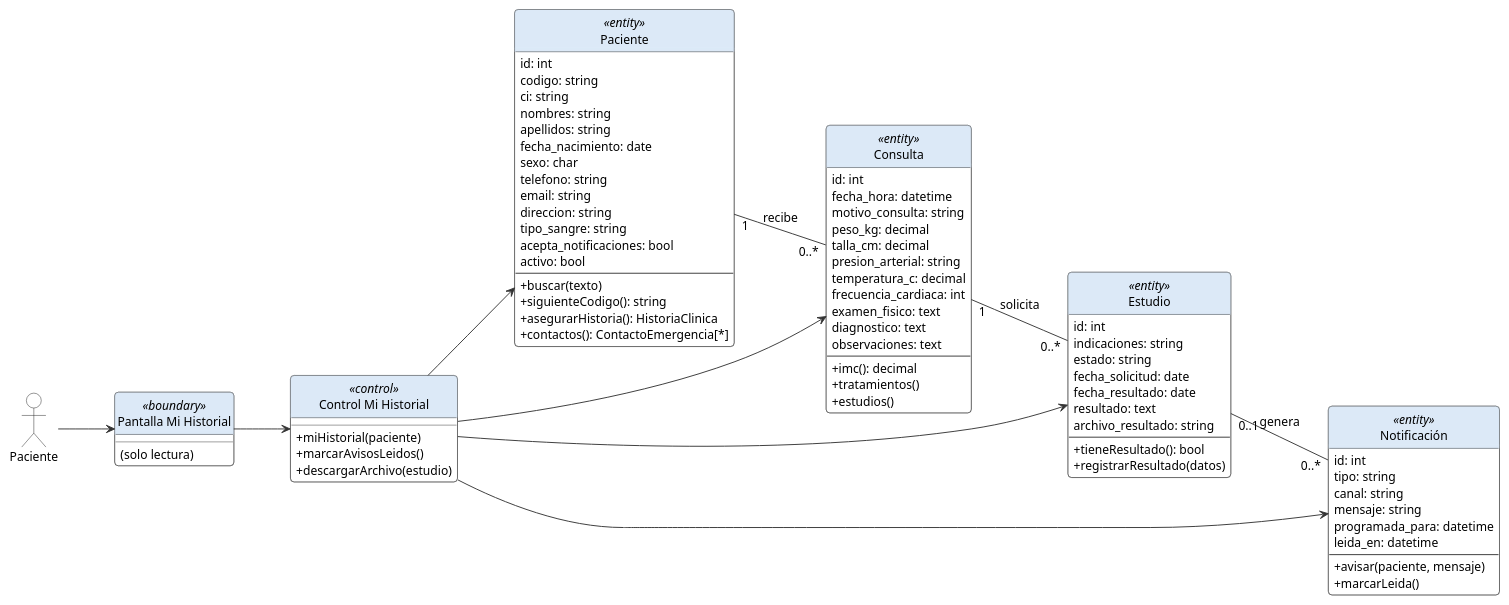
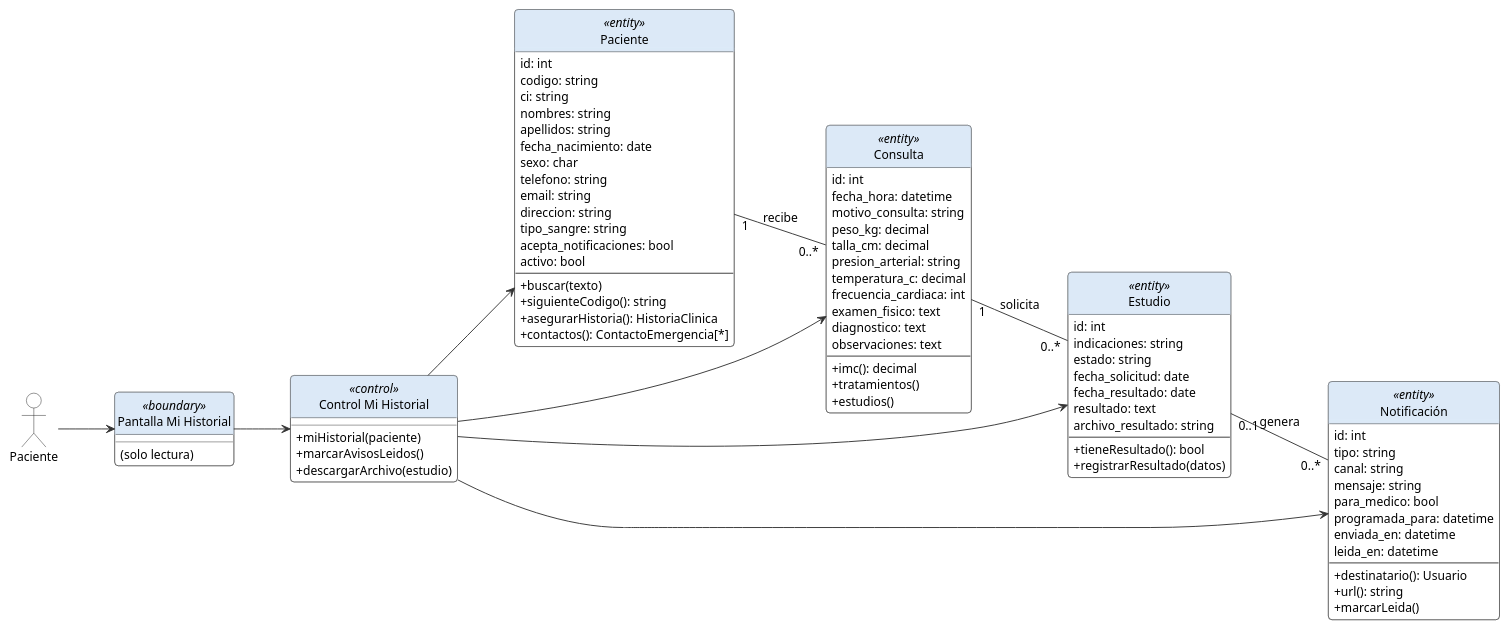
Before and after one commit to ronaldflores2004/VidaSalud: the diagram in docs/uml/plantuml/clases_cu19.puml, drawn with PlantUML. The commit also changed 42 other files, not shown here.

First line of the commit message:
Documento: diagramas UML actualizados con P7 (CU21 Pagar ficha, CU22 Notificaciones)

```diff
--- a/docs/uml/plantuml/clases_cu19.puml
+++ b/docs/uml/plantuml/clases_cu19.puml
@@ -1,117 +1,120 @@
 @startuml
 
 set separator none
 skinparam backgroundColor white
 skinparam defaultFontName Arial
 skinparam defaultFontSize 13
 skinparam shadowing false
 skinparam ArrowColor #333333
 skinparam ActorBorderColor #222222
 skinparam ActorBackgroundColor #FFFFFF
 skinparam UsecaseBorderColor #1F4E79
 skinparam UsecaseBackgroundColor #DCE9F7
 skinparam PackageBorderColor #333333
 skinparam PackageBackgroundColor #FFFFFF
 skinparam ClassBorderColor #333333
 skinparam ClassBackgroundColor #FFFFFF
 skinparam ClassHeaderBackgroundColor #DCE9F7
 skinparam NoteBackgroundColor #FFF8DC
 skinparam RectangleBorderColor #333333
 skinparam NodeBorderColor #1F4E79
 skinparam NodeBackgroundColor #F3F8FD
 skinparam ArtifactBackgroundColor #FFFFFF
 skinparam DatabaseBackgroundColor #DCE9F7
 skinparam SequenceLifeLineBorderColor #888888
 skinparam SequenceParticipantBackgroundColor #DCE9F7
 skinparam SequenceParticipantBorderColor #1F4E79
 skinparam ParticipantPadding 12
 skinparam BoundaryBackgroundColor #DCE9F7
 skinparam ControlBackgroundColor #DCE9F7
 skinparam EntityBackgroundColor #DCE9F7
 skinparam BoundaryBorderColor #1F4E79
 skinparam ControlBorderColor #1F4E79
 skinparam EntityBorderColor #1F4E79
 skinparam roundcorner 8
 allowmixing
 left to right direction
 hide circle
 skinparam classAttributeIconSize 0
 actor "Paciente" as A
 class "Pantalla Mi Historial" as B <<boundary>> {
   (solo lectura)
 }
 class "Control Mi Historial" as C <<control>> {
   + miHistorial(paciente)
   + marcarAvisosLeidos()
   + descargarArchivo(estudio)
 }
 class "Paciente" as E0 <<entity>> {
   id: int
   codigo: string
   ci: string
   nombres: string
   apellidos: string
   fecha_nacimiento: date
   sexo: char
   telefono: string
   email: string
   direccion: string
   tipo_sangre: string
   acepta_notificaciones: bool
   activo: bool
   --
   + buscar(texto)
   + siguienteCodigo(): string
   + asegurarHistoria(): HistoriaClinica
   + contactos(): ContactoEmergencia[*]
 }
 class "Consulta" as E1 <<entity>> {
   id: int
   fecha_hora: datetime
   motivo_consulta: string
   peso_kg: decimal
   talla_cm: decimal
   presion_arterial: string
   temperatura_c: decimal
   frecuencia_cardiaca: int
   examen_fisico: text
   diagnostico: text
   observaciones: text
   --
   + imc(): decimal
   + tratamientos()
   + estudios()
 }
 class "Estudio" as E2 <<entity>> {
   id: int
   indicaciones: string
   estado: string
   fecha_solicitud: date
   fecha_resultado: date
   resultado: text
   archivo_resultado: string
   --
   + tieneResultado(): bool
   + registrarResultado(datos)
 }
 class "Notificación" as E3 <<entity>> {
   id: int
   tipo: string
   canal: string
   mensaje: string
+  para_medico: bool
   programada_para: datetime
+  enviada_en: datetime
   leida_en: datetime
   --
-  + avisar(paciente, mensaje)
+  + destinatario(): Usuario
+  + url(): string
   + marcarLeida()
 }
 A --> B
 B --> C
 C --> E0
 C --> E1
 C --> E2
 C --> E3
 E1 "1" -- "0..*" E2 : solicita
 E2 "0..1" -- "0..*" E3 : genera
 E0 "1" -- "0..*" E1 : recibe
 @enduml
```
